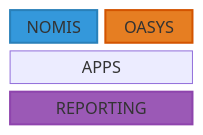
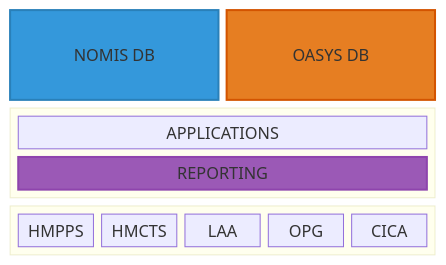
Before and after one commit to robertsweetman/data-strategy-presentation: the diagram in src/slide_2.md, drawn with Mermaid. The commit also changed 1 other file, not shown here.

Commit message:
add 'what's what' slide content

````diff
--- a/src/slide_2.md
+++ b/src/slide_2.md
@@ -10,12 +10,22 @@
 ```mermaid
 block-beta
     columns 8
-    NOMIS["NOMIS"]:4 OASYS["OASYS"]:4
-    APPS["APPS"]:8
-    REPORTING["REPORTING"]:8
-
+    NOMIS["NOMIS DB"]:4 OASYS["OASYS DB"]:4
+    block:group1:8
+        columns 1
+        APPS["APPLICATIONS"] 
+        REPORTING["REPORTING"]
+    end
+    block:group2:8
+        %% TODO: Check these acronyms
+        HMPPS["HMPPS"]
+        HMCTS["HMCTS"]
+        LAA["LAA"]
+        OPG["OPG"]
+        CICA["CICA"]
+    end
     style NOMIS fill:#3498db,stroke:#2980b9,color:white,stroke-width:2px
     style OASYS fill:#e67e22,stroke:#d35400,color:white,stroke-width:2px
     style REPORTING fill:#9b59b6,stroke:#8e44ad,color:white,stroke-width:2px
 
 ```
````
